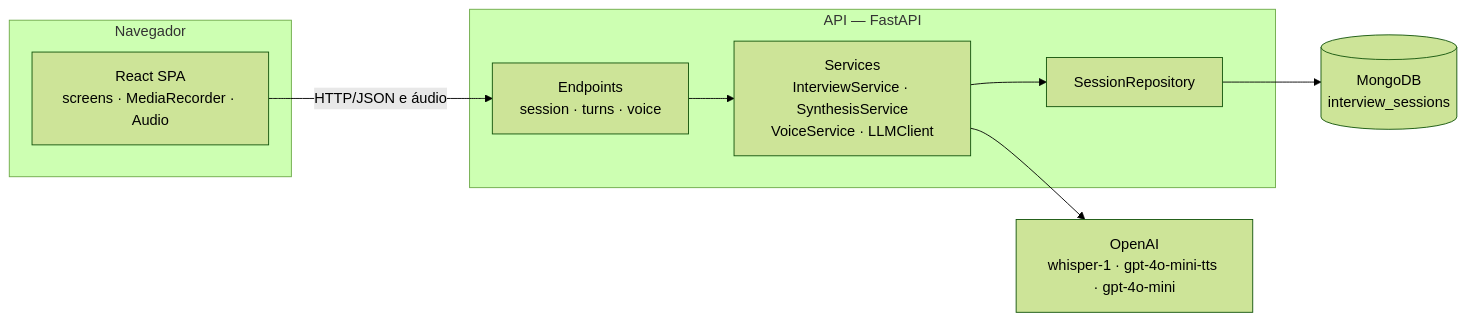
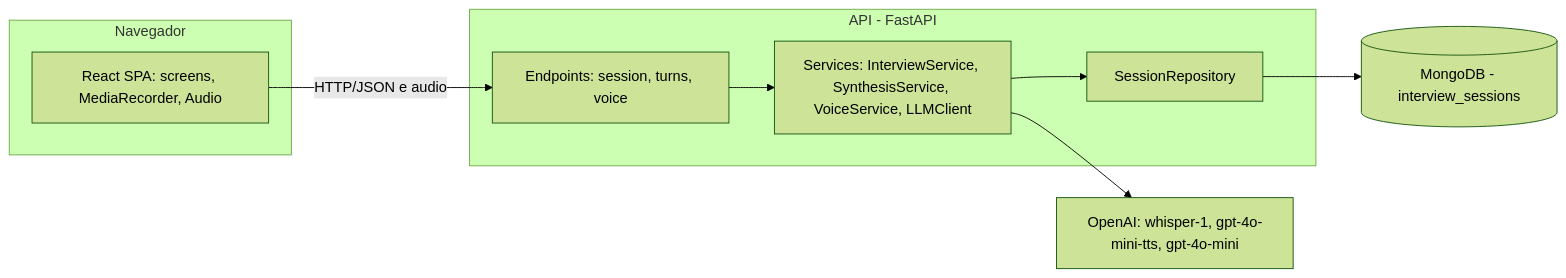
One commit to joaopaulotr/AEP-ESOFT6SA changed the first of 4 diagrams in README.md. Above: the diagram before and after it, drawn with Mermaid (forest theme).

````diff
--- a/README.md
+++ b/README.md
@@ -72,19 +72,19 @@
 ```mermaid
 flowchart LR
     subgraph Navegador
-        UI["React SPA<br/>screens · MediaRecorder · Audio"]
+        UI[React SPA: screens, MediaRecorder, Audio]
     end
-    subgraph API["API — FastAPI"]
-        EP["Endpoints<br/>session · turns · voice"]
-        SV["Services<br/>InterviewService · SynthesisService<br/>VoiceService · LLMClient"]
-        RP["SessionRepository"]
+    subgraph API_FastAPI[API - FastAPI]
+        EP[Endpoints: session, turns, voice]
+        SV[Services: InterviewService, SynthesisService, VoiceService, LLMClient]
+        RP[SessionRepository]
     end
-    DB[("MongoDB<br/>interview_sessions")]
-    AI["OpenAI<br/>whisper-1 · gpt-4o-mini-tts · gpt-4o-mini"]
+    DB[(MongoDB - interview_sessions)]
+    AI[OpenAI: whisper-1, gpt-4o-mini-tts, gpt-4o-mini]
 
-    UI -->|"HTTP/JSON e áudio"| EP
+    UI -- HTTP/JSON e audio --> EP
     EP --> SV
     SV --> RP
     RP --> DB
     SV --> AI
 ```
````
